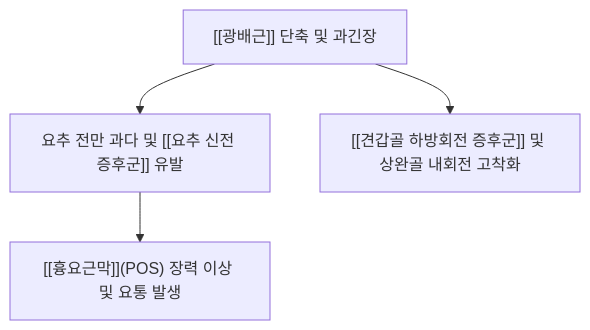
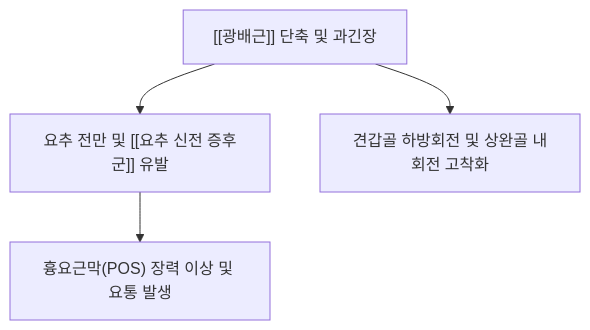
One commit to simbio11/simbio-digital-garden2 changed the diagram in content/1. 근골격계 공부/근육/(8) 흉부/광배근.md. Above: the diagram before and after it, drawn with Mermaid. The commit also changed other lines of this file and 200 other files, not shown here.

````diff
--- a/content/1. 근골격계 공부/근육/(8) 흉부/광배근.md
+++ b/content/1. 근골격계 공부/근육/(8) 흉부/광배근.md
@@ -62,6 +37,6 @@
 ```mermaid
 graph TD
-    LatTight["[[광배근]] 단축 및 과긴장"] --> LumbarExt["요추 전만 과다 및 [[요추 신전 증후군]] 유발"]
-    LatTight --> ScapDownRot["[[견갑골 하방회전 증후군]] 및 상완골 내회전 고착화"]
-    LumbarExt --> POS_Tension["[[흉요근막]](POS) 장력 이상 및 요통 발생"]
+    LatTight["[[광배근]] 단축 및 과긴장"] --> LumbarExt["요추 전만 및 [[요추 신전 증후군]] 유발"]
+    LatTight --> ScapDownRot["견갑골 하방회전 및 상완골 내회전 고착화"]
+    LumbarExt --> POS_Tension["흉요근막(POS) 장력 이상 및 요통 발생"]
 ```
````
